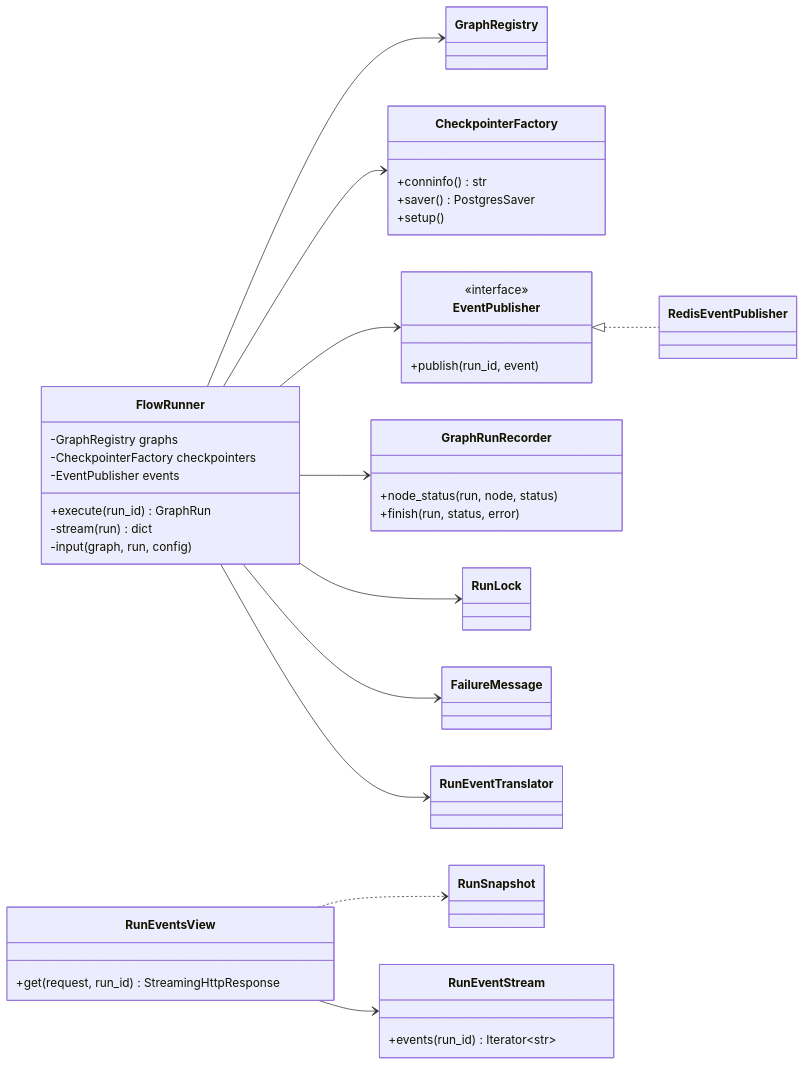
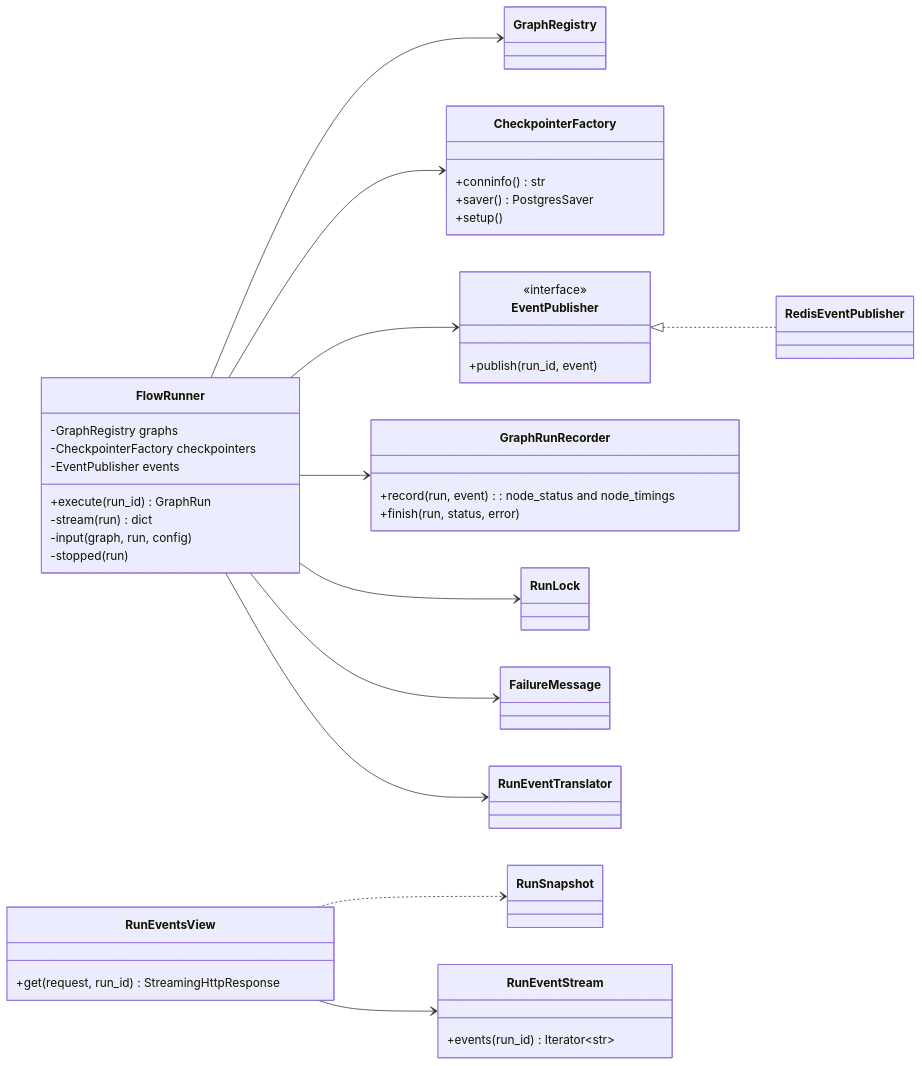
Diagram 12 of 19 in docs/design.md (Satyamkumarjha4/Intelilearn), drawn with Mermaid before and after one commit. The commit also changed other lines of this file and 12 other files, not shown here.

````diff
--- a/docs/design.md
+++ b/docs/design.md
@@ -1013,46 +1033,47 @@
 ```mermaid
 classDiagram
     direction LR
     class FlowRunner {
         -GraphRegistry graphs
         -CheckpointerFactory checkpointers
         -EventPublisher events
         +execute(run_id) GraphRun
         -stream(run) dict
         -input(graph, run, config)
+        -stopped(run)
     }
     class EventPublisher {
         <<interface>>
         +publish(run_id, event)
     }
     class RedisEventPublisher
     class RunEventStream {
         +events(run_id) Iterator~str~
     }
     class RunEventsView {
         +get(request, run_id) StreamingHttpResponse
     }
     class GraphRunRecorder {
-        +node_status(run, node, status)
+        +record(run, event) : node_status and node_timings
         +finish(run, status, error)
     }
     class CheckpointerFactory {
         +conninfo() str
         +saver() PostgresSaver
         +setup()
     }
     class RunLock
     class FailureMessage
     class RunEventTranslator
     class RunSnapshot
     FlowRunner --> GraphRegistry
     FlowRunner --> CheckpointerFactory
     FlowRunner --> EventPublisher
     FlowRunner --> GraphRunRecorder
     FlowRunner --> RunLock
     FlowRunner --> FailureMessage
     FlowRunner --> RunEventTranslator
     RunEventsView ..> RunSnapshot
     EventPublisher <|.. RedisEventPublisher
     RunEventsView --> RunEventStream
 ```
````
